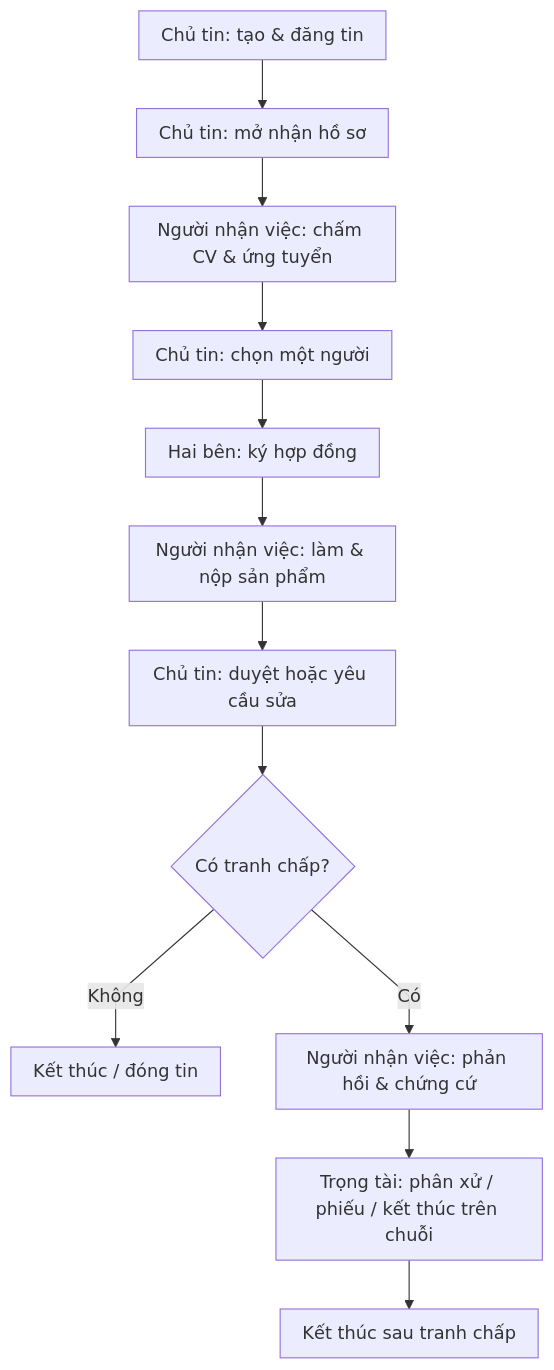
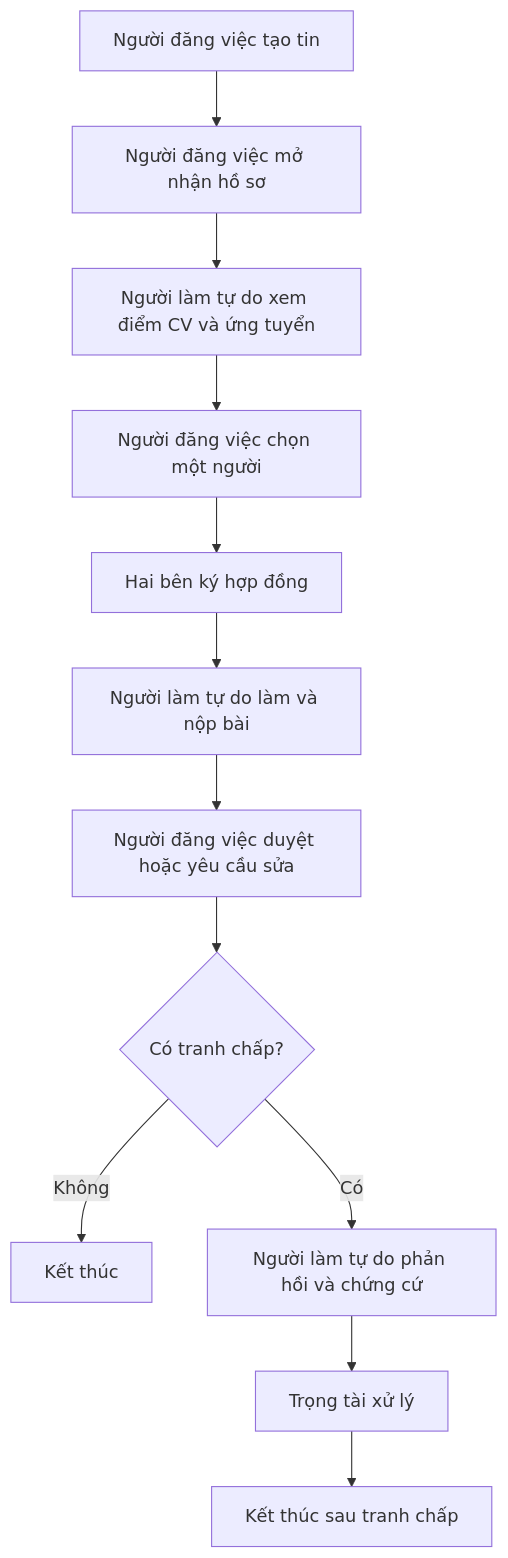
The first of 3 diagrams in flow-tổng-quan.md (dmt041104111003/docs-nckh), drawn with Mermaid before and after one commit. The commit also changed other lines of this file and 8 other files, not shown here.

````diff
--- a/flow-tổng-quan.md
+++ b/flow-tổng-quan.md
@@ -29,15 +27,14 @@
 ```mermaid
-%%{init: {"flowchart": {"curve": "linear", "padding": 10, "rankSpacing": 44}}}%%
 flowchart TB
-  A1[Chủ tin: tạo & đăng tin] --> A2[Chủ tin: mở nhận hồ sơ]
-  A2 --> B0[Người nhận việc: chấm CV & ứng tuyển]
-  B0 --> A3[Chủ tin: chọn một người]
-  A3 --> A4[Hai bên: ký hợp đồng]
-  A4 --> B3[Người nhận việc: làm & nộp sản phẩm]
-  B3 --> A5[Chủ tin: duyệt hoặc yêu cầu sửa]
+  A1[Người đăng việc tạo tin] --> A2[Người đăng việc mở nhận hồ sơ]
+  A2 --> B0[Người làm tự do xem điểm CV và ứng tuyển]
+  B0 --> A3[Người đăng việc chọn một người]
+  A3 --> A4[Hai bên ký hợp đồng]
+  A4 --> B3[Người làm tự do làm và nộp bài]
+  B3 --> A5[Người đăng việc duyệt hoặc yêu cầu sửa]
   A5 --> Q{Có tranh chấp?}
-  Q -->|Không| K[Kết thúc / đóng tin]
-  Q -->|Có| B4[Người nhận việc: phản hồi & chứng cứ]
-  B4 --> T[Trọng tài: phân xử / phiếu / kết thúc trên chuỗi]
+  Q -->|Không| K[Kết thúc]
+  Q -->|Có| B4[Người làm tự do phản hồi và chứng cứ]
+  B4 --> T[Trọng tài xử lý]
   T --> K2[Kết thúc sau tranh chấp]
 ```
````
